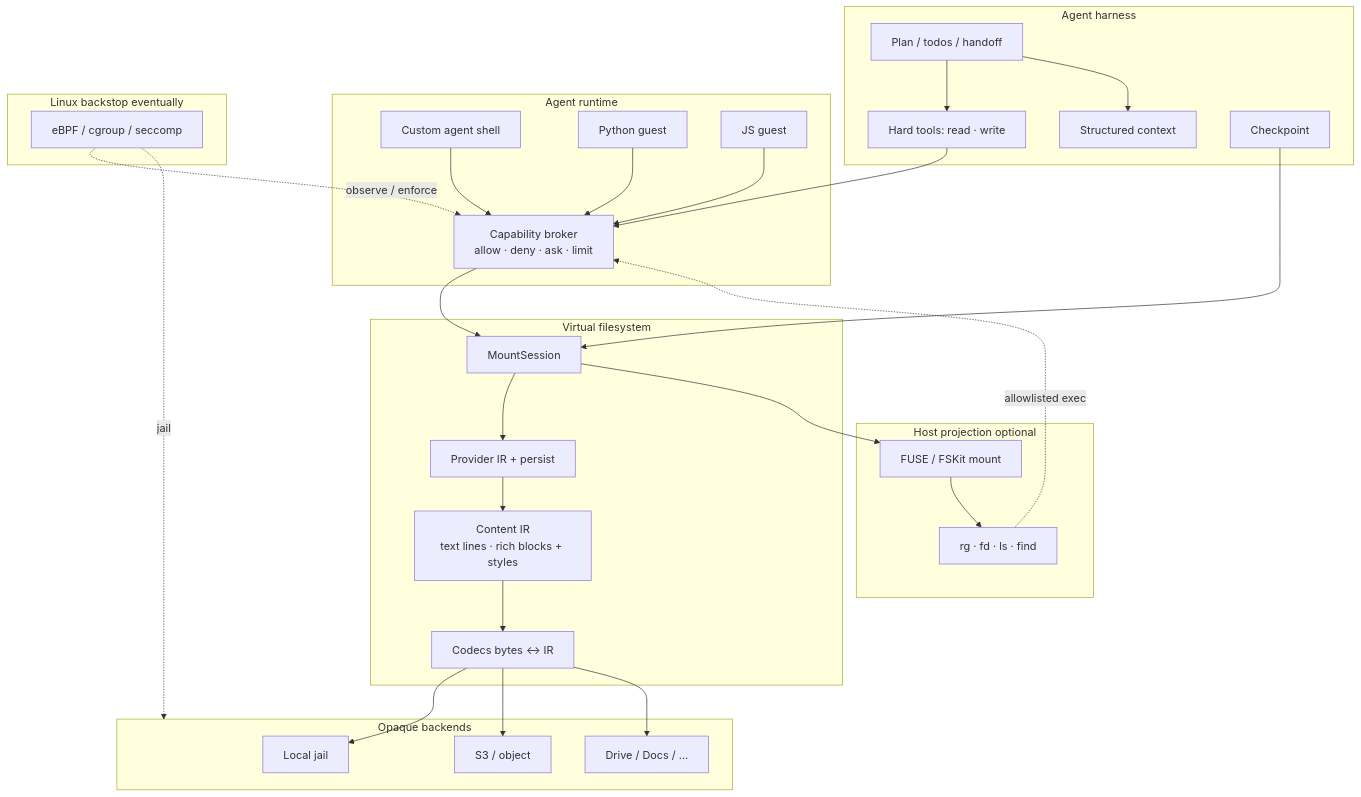
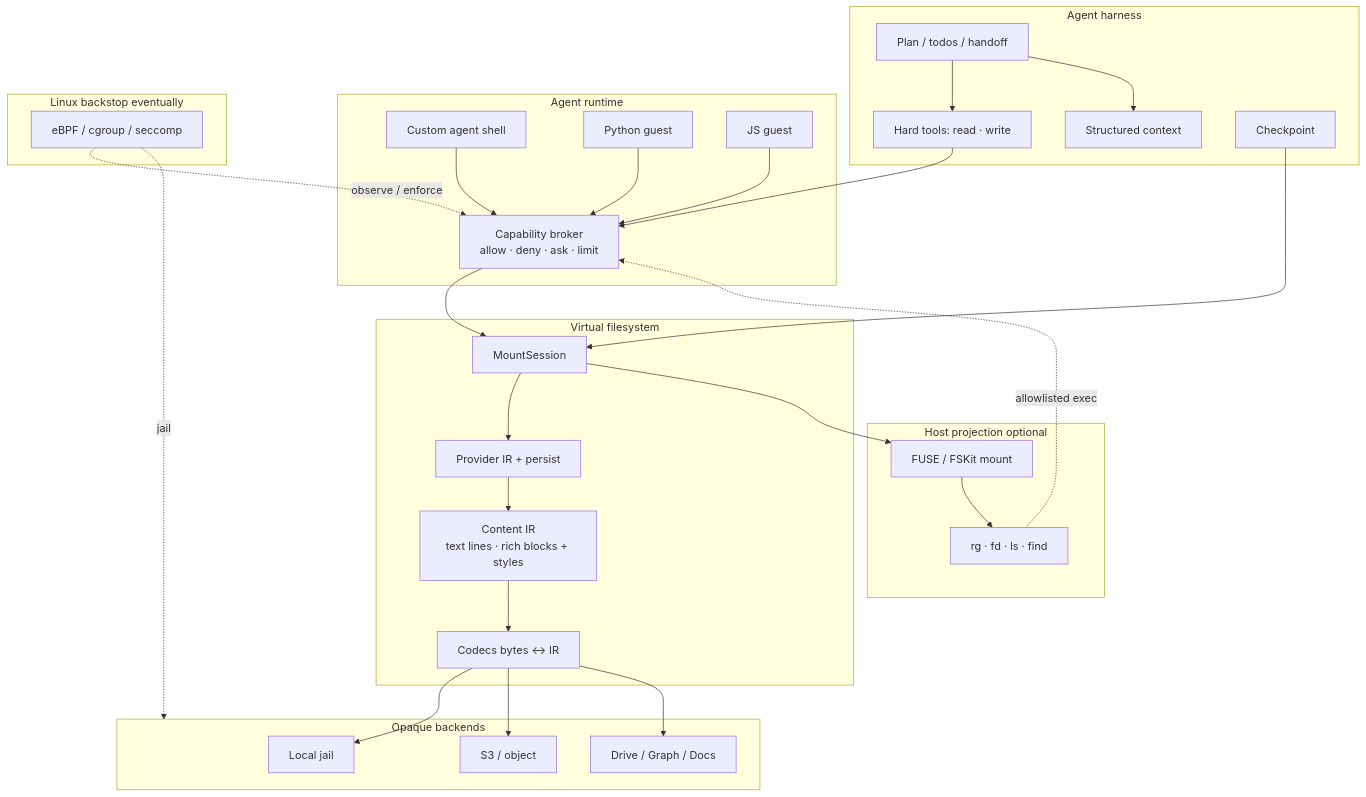
The first of 2 diagrams in README.md (Ryanaldo34/tacklr), drawn with Mermaid before and after one commit. The commit also changed other lines of this file and 67 other files, not shown here.

````diff
--- a/README.md
+++ b/README.md
@@ -313,58 +320,58 @@
 ```mermaid
 flowchart TB
   subgraph harness [Agent harness]
     Plan[Plan / todos / handoff]
     Tools[Hard tools: read · write]
     Ctx[Structured context]
     CP[Checkpoint]
   end
 
   subgraph runtime [Agent runtime]
     Shell[Custom agent shell]
     Py[Python guest]
     JS[JS guest]
     Broker[Capability broker<br/>allow · deny · ask · limit]
   end
 
   subgraph vfs_layer [Virtual filesystem]
     MS[MountSession]
     IR[Content IR<br/>text lines · rich blocks + styles]
     Overlay[Provider IR + persist]
     Codec[Codecs bytes ↔ IR]
   end
 
   subgraph project [Host projection optional]
     FUSE[FUSE / FSKit mount]
     HostCLIs[rg · fd · ls · find]
   end
 
   subgraph backends [Opaque backends]
     Local[Local jail]
     S3[S3 / object]
-    Other[Drive / Docs / …]
+    Other[Drive / Graph / Docs]
   end
 
   subgraph kernel [Linux backstop eventually]
     eBPF[eBPF / cgroup / seccomp]
   end
 
   Plan --> Tools
   Plan --> Ctx
   Tools --> Broker
   Shell --> Broker
   Py --> Broker
   JS --> Broker
   Broker --> MS
   MS --> Overlay
   Overlay --> IR
   IR --> Codec
   Codec --> Local
   Codec --> S3
   Codec --> Other
   MS --> FUSE
   FUSE --> HostCLIs
   HostCLIs -.->|allowlisted exec| Broker
   CP --> MS
   eBPF -.->|observe / enforce| Broker
   eBPF -.->|jail| backends
 ```
````
